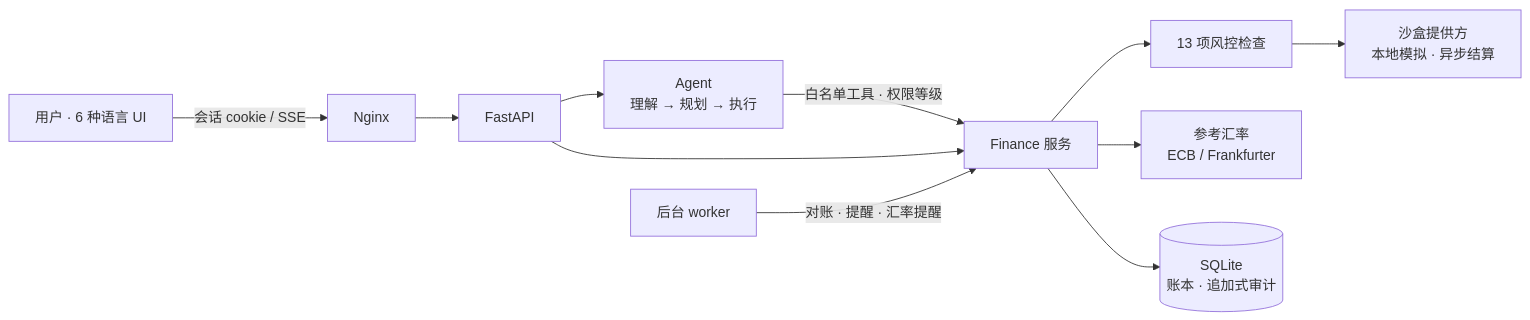
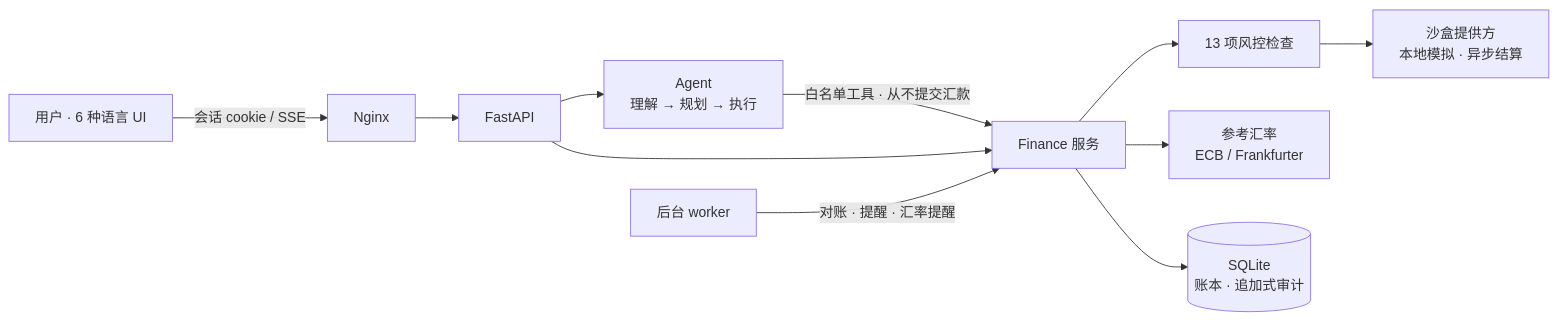
One commit to ytan0008/dot-remittance-agent changed the diagram in README.zh-CN.md. Above: the diagram before and after it, drawn with Mermaid. The commit also changed other lines of this file and 61 other files, not shown here.

````diff
--- a/README.zh-CN.md
+++ b/README.zh-CN.md
@@ -142,13 +172,13 @@
 ```mermaid
 flowchart LR
     U[用户 · 6 种语言 UI] -->|会话 cookie / SSE| N[Nginx]
     N --> API[FastAPI]
     API --> AG[Agent<br/>理解 → 规划 → 执行]
-    AG -->|白名单工具 · 权限等级| S[Finance 服务]
+    AG -->|白名单工具 · 从不提交汇款| S[Finance 服务]
     API --> S
     S --> G[13 项风控检查]
     G --> SB[沙盒提供方<br/>本地模拟 · 异步结算]
     S --> R[参考汇率<br/>ECB / Frankfurter]
     S --> DB[(SQLite<br/>账本 · 追加式审计)]
     W[后台 worker] -->|对账 · 提醒 · 汇率提醒| S
 ```
````
